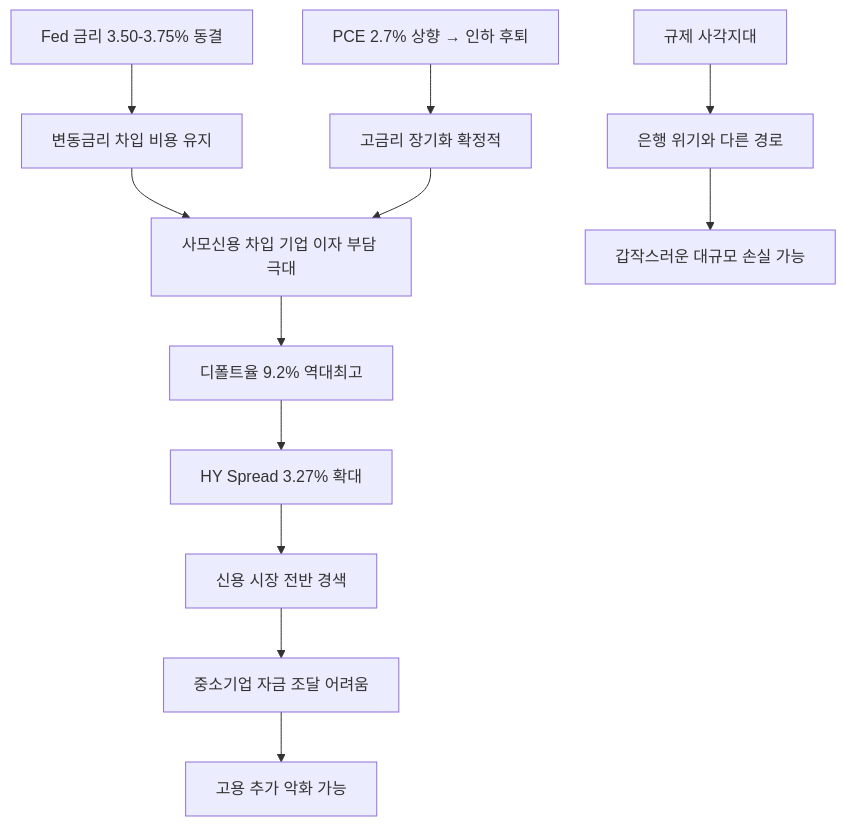
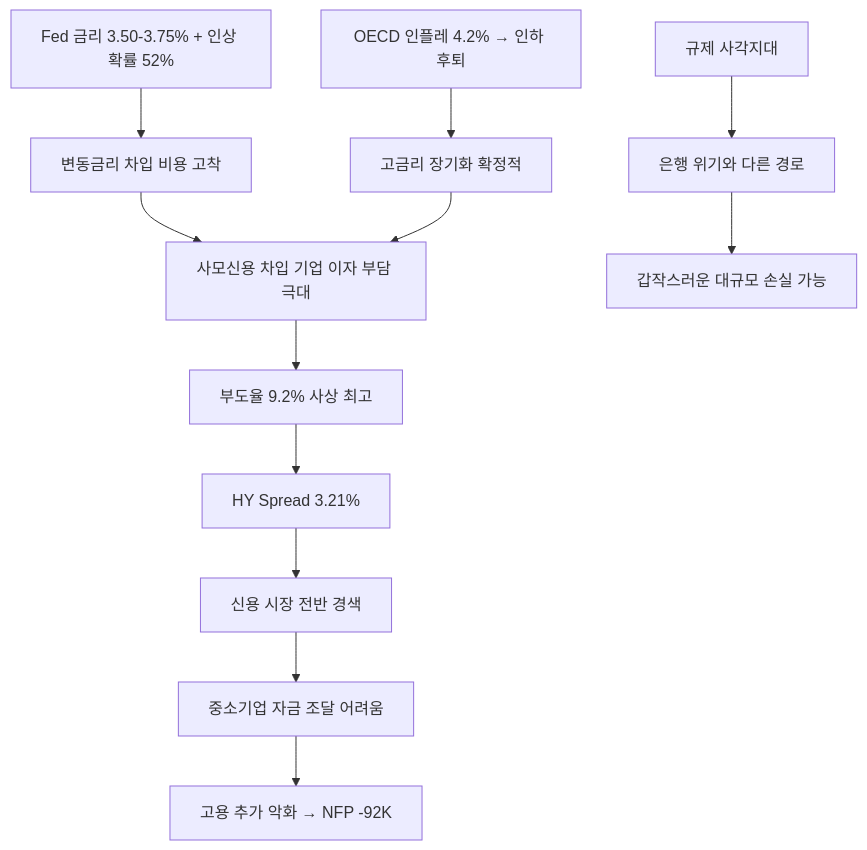
The fifth of 11 diagrams in _posts/knowledge/invest/2026-01-12-macroeconomic-policy-sector-outlook-2026.md (dss99911/dss99911.github.io), drawn with Mermaid before and after one commit. The commit also changed other lines of this file and 3 other files, not shown here.

````diff
--- a/_posts/knowledge/invest/2026-01-12-macroeconomic-policy-sector-outlook-2026.md
+++ b/_posts/knowledge/invest/2026-01-12-macroeconomic-policy-sector-outlook-2026.md
@@ -239,14 +188,14 @@
 ```mermaid
 graph TD
-    A["Fed 금리 3.50-3.75% 동결"] --> B["변동금리 차입 비용 유지"]
+    A["Fed 금리 3.50-3.75% + 인상 확률 52%"] --> B["변동금리 차입 비용 고착"]
     B --> C["사모신용 차입 기업 이자 부담 극대"]
-    C --> D["디폴트율 9.2% 역대최고"]
-    D --> E["HY Spread 3.27% 확대"]
+    C --> D["부도율 9.2% 사상 최고"]
+    D --> E["HY Spread 3.21%"]
     E --> F["신용 시장 전반 경색"]
     F --> G["중소기업 자금 조달 어려움"]
-    G --> H["고용 추가 악화 가능"]
-    I["PCE 2.7% 상향 → 인하 후퇴"] --> J["고금리 장기화 확정적"]
+    G --> H["고용 추가 악화 → NFP -92K"]
+    I["OECD 인플레 4.2% → 인하 후퇴"] --> J["고금리 장기화 확정적"]
     J --> C
     K["규제 사각지대"] --> L["은행 위기와 다른 경로"]
     L --> M["갑작스러운 대규모 손실 가능"]
 ```
````
